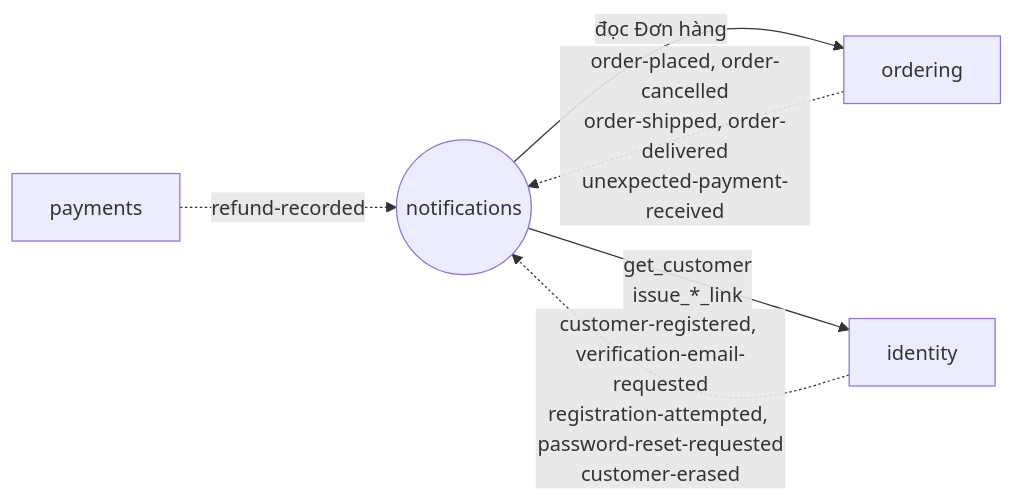
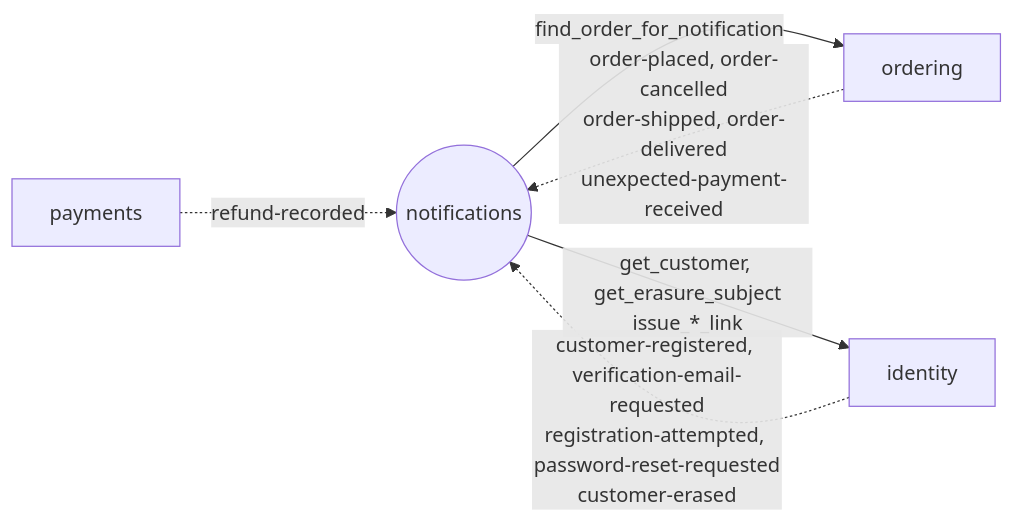
Before and after one commit to LuongCongThanh/fashion-store-backend: the diagram in docs/architecture/modules/notifications.md, drawn with Mermaid. The commit also changed other lines of this file and 16 other files, not shown here.

````diff
--- a/docs/architecture/modules/notifications.md
+++ b/docs/architecture/modules/notifications.md
@@ -30,9 +30,9 @@
 ```mermaid
 graph LR
-    notifications((notifications)) -->|"đọc Đơn hàng"| ordering
-    notifications -->|"get_customer<br/>issue_*_link"| identity
+    notifications((notifications)) -->|"find_order_for_notification"| ordering
+    notifications -->|"get_customer, get_erasure_subject<br/>issue_*_link"| identity
 
     identity -.->|"customer-registered, verification-email-requested<br/>registration-attempted, password-reset-requested<br/>customer-erased"| notifications
     ordering -.->|"order-placed, order-cancelled<br/>order-shipped, order-delivered<br/>unexpected-payment-received"| notifications
     payments -.->|"refund-recorded"| notifications
 ```
````
